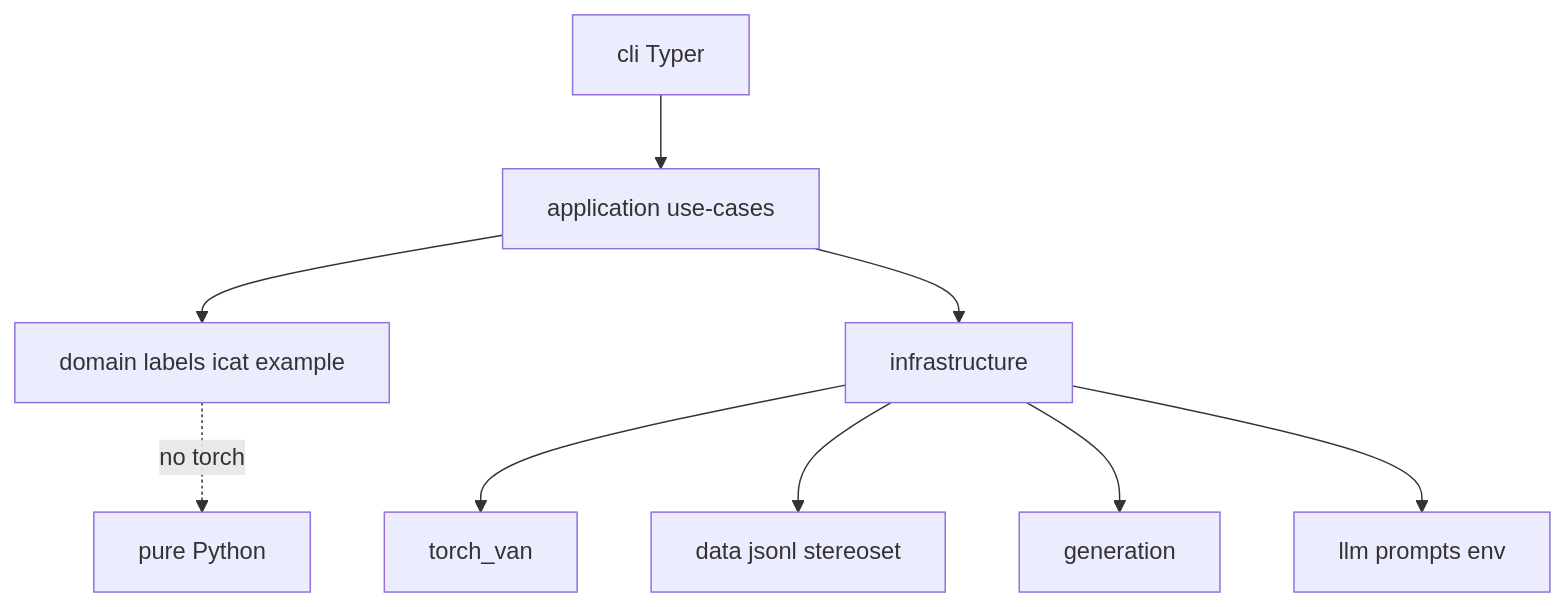
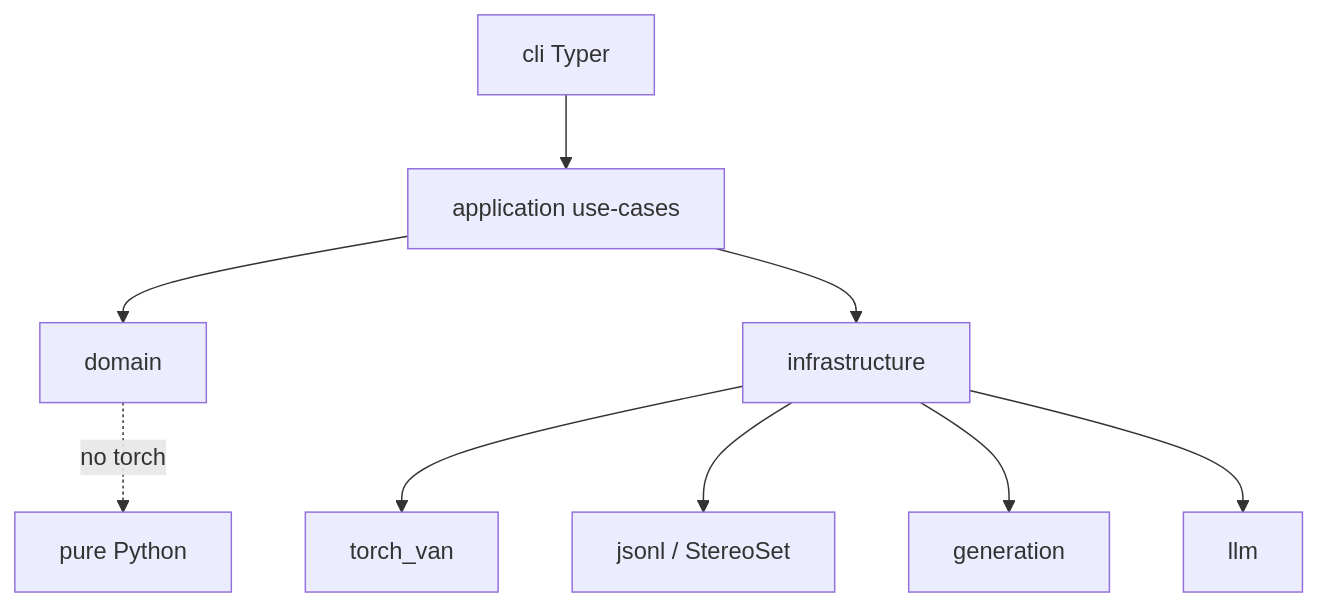
One commit to dany27041991/fairai changed the second of 2 diagrams in docs/OVERVIEW.md. Above: the diagram before and after it, drawn with Mermaid. The commit also changed other lines of this file and 9 other files, not shown here.

````diff
--- a/docs/OVERVIEW.md
+++ b/docs/OVERVIEW.md
@@ -56,11 +35,11 @@
 ```mermaid
 flowchart TB
   CLI[cli Typer] --> APP[application use-cases]
-  APP --> DOM[domain labels icat example]
+  APP --> DOM[domain]
   APP --> INF[infrastructure]
   INF --> TORCH[torch_van]
-  INF --> DATA[data jsonl stereoset]
+  INF --> DATA[jsonl / StereoSet]
   INF --> GEN[generation]
-  INF --> LLM[llm prompts env]
-  DOM -.->|no torch| X[pure Python]
+  INF --> LLM[llm]
+  DOM -.->|no torch| Pure[pure Python]
 ```
````
